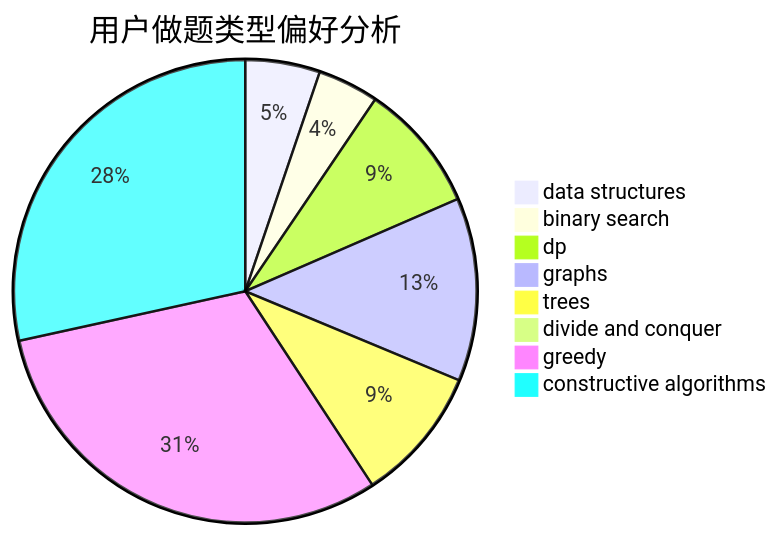
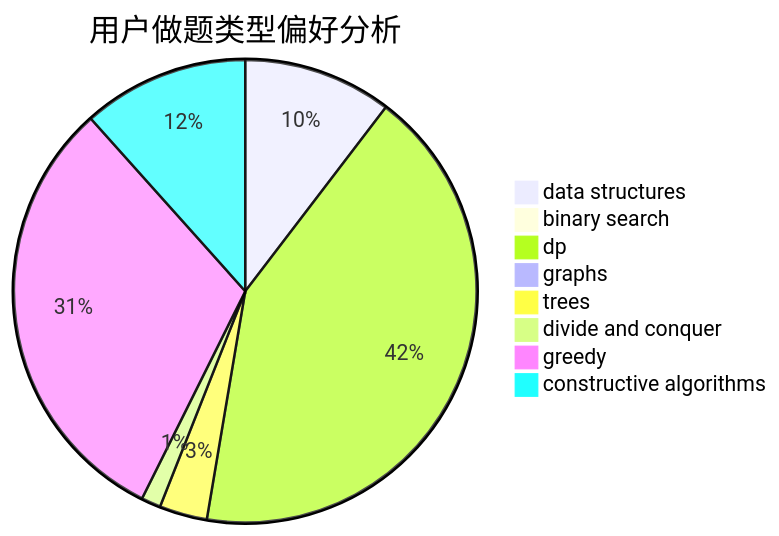
One commit to sherpahu/cfrs.github.io changed the second of 3 diagrams in docs/user/u230.md. Above: the diagram before and after it, drawn with Mermaid. The commit also changed other lines of this file and 2770 other files, not shown here.

````diff
--- a/docs/user/u230.md
+++ b/docs/user/u230.md
@@ -23,11 +23,11 @@
 ```mermaid
 pie title 用户做题类型偏好分析
-    "data structures" :  11
-    "binary search" :  9
-    "dp" :  19
-    "graphs" :  27
-    "trees" :  20
-    "divide and conquer" :  0
-    "greedy" :  65
-    "constructive algorithms" :  60
+    "data structures" :  84
+    "binary search" :  2
+    "dp" :  342
+    "graphs" :  3
+    "trees" :  27
+    "divide and conquer" :  11
+    "greedy" :  251
+    "constructive algorithms" :  94
 ```
````
